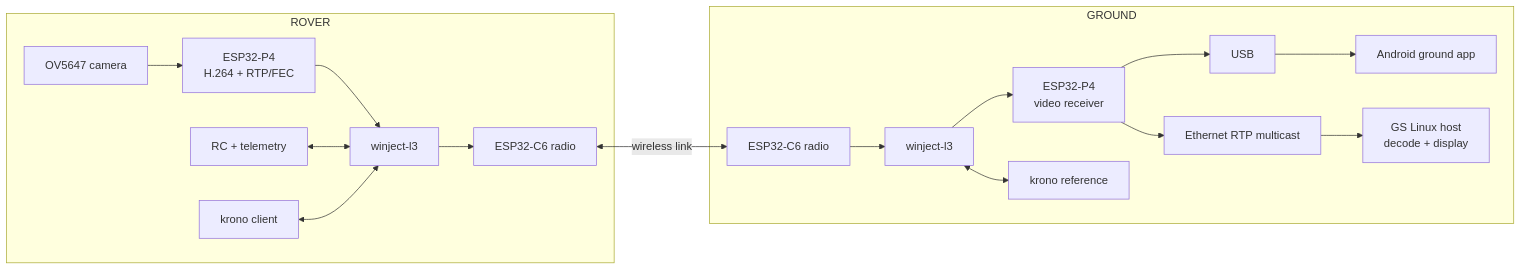
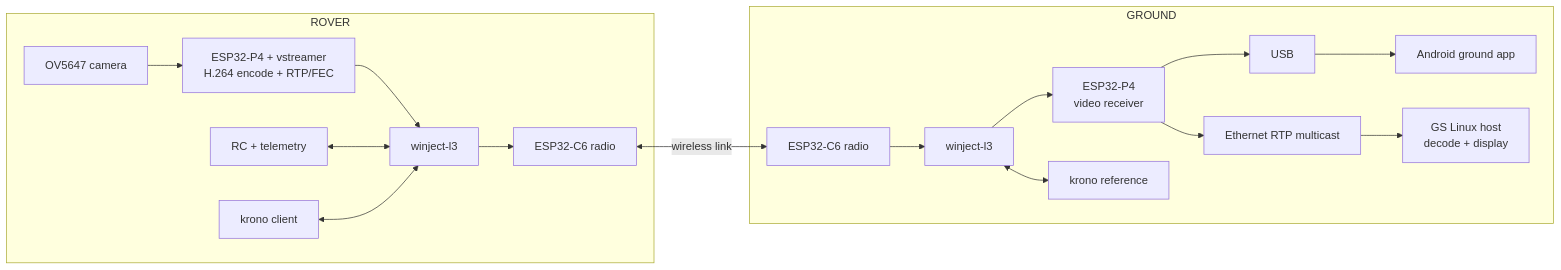
Before and after one commit to FlyingComputer2/.github: the diagram in profile/README.md, drawn with Mermaid. The commit also changed other lines of this file, not shown here.

First line of the commit message:
Attribute rover video encoding to vstreamer

````diff
--- a/profile/README.md
+++ b/profile/README.md
@@ -7,22 +7,22 @@
 ```mermaid
 flowchart LR
   subgraph R[ROVER]
-    CAM[OV5647 camera] --> TX[ESP32-P4\nH.264 + RTP/FEC]
+    CAM[OV5647 camera] --> TX[ESP32-P4 + vstreamer\nH.264 encode + RTP/FEC]
     TX --> RL3[winject-l3]
     RC[RC + telemetry] <--> RL3
     CLK[krono client] <--> RL3
     RL3 --> RP[ESP32-C6 radio]
   end
 
   RP <-->|wireless link| GP[ESP32-C6 radio]
 
   subgraph G[GROUND]
     GP --> GL3[winject-l3]
     GL3 --> RX[ESP32-P4\nvideo receiver]
     RX --> USB[USB]
     USB --> AND[Android ground app]
     RX --> MC[Ethernet RTP multicast]
     MC --> HOST[GS Linux host\ndecode + display]
     GL3 <--> CLK2[krono reference]
   end
 ```
````
